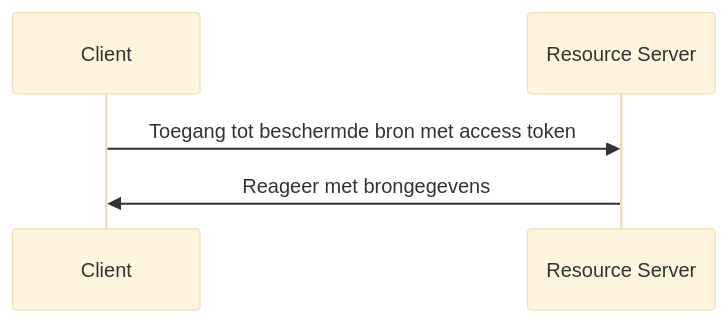
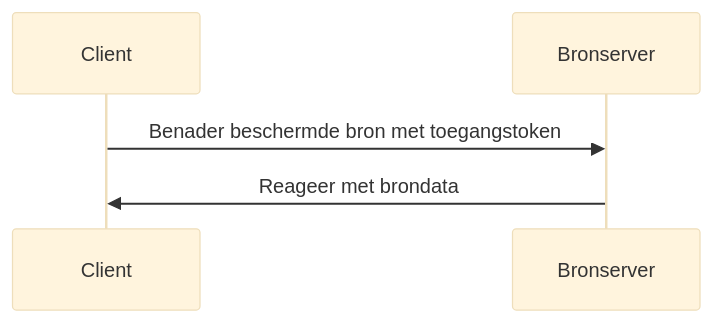
One commit to logto-io/auth-wiki changed the second of 2 diagrams in src/content/terms/nl/client-credentials-flow.mdx. Above: the diagram before and after it, drawn with Mermaid (base theme). The commit also changed other lines of this file and 34 other files, not shown here.

````diff
--- a/src/content/terms/nl/client-credentials-flow.mdx
+++ b/src/content/terms/nl/client-credentials-flow.mdx
@@ -47,8 +47,8 @@
 ```mermaid
 sequenceDiagram
     participant Client
-    participant Resource Server
+    participant Bronserver
 
-    Client->>Resource Server: Toegang tot beschermde bron met access token
-    Resource Server->>Client: Reageer met brongegevens
+    Client->>Bronserver: Benader beschermde bron met toegangstoken
+    Bronserver->>Client: Reageer met brondata
 ```
````
